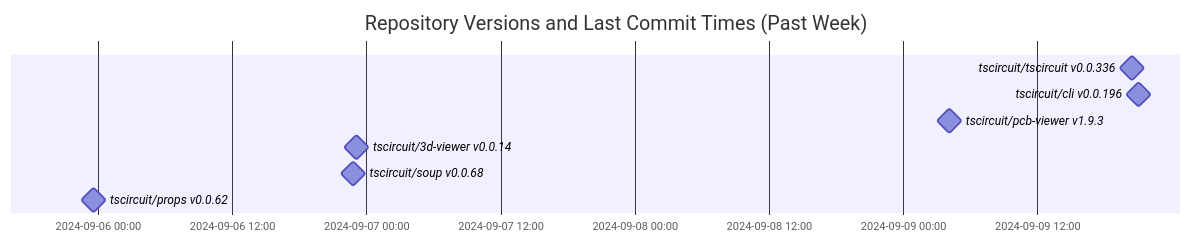
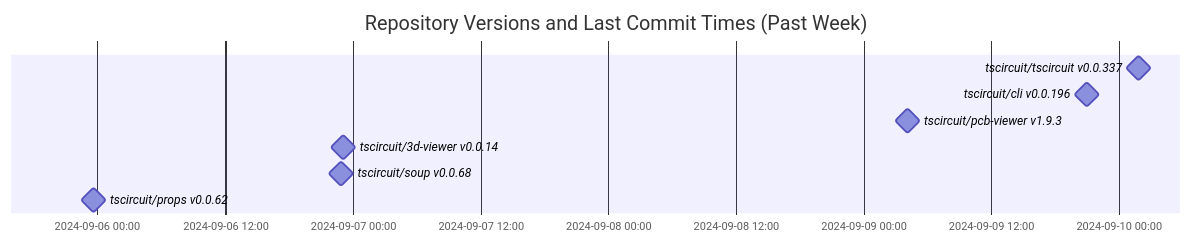
Before and after one commit to tscircuit/version-tracker: the diagram in README.md, drawn with Mermaid.

Commit message:
Update chart

````diff
--- a/README.md
+++ b/README.md
@@ -1,13 +1,13 @@
 ```mermaid
 gantt
   dateFormat  YYYY-MM-DD HH:mm:ss
   title Repository Versions and Last Commit Times (Past Week)
   axisFormat %Y-%m-%d %H:%M
 
-  tscircuit/tscircuit v0.0.336 : milestone, 2024-09-09 20:24:26, 1s
+  tscircuit/tscircuit v0.0.337 : milestone, 2024-09-10 01:52:39, 1s
   tscircuit/cli v0.0.196 : milestone, 2024-09-09 21:01:44, 1s
   tscircuit/pcb-viewer v1.9.3 : milestone, 2024-09-09 04:08:34, 1s
   tscircuit/3d-viewer v0.0.14 : milestone, 2024-09-06 23:07:26, 1s
   tscircuit/soup v0.0.68 : milestone, 2024-09-06 22:51:33, 1s
   tscircuit/props v0.0.62 : milestone, 2024-09-05 23:38:33, 1s
 ```
````
